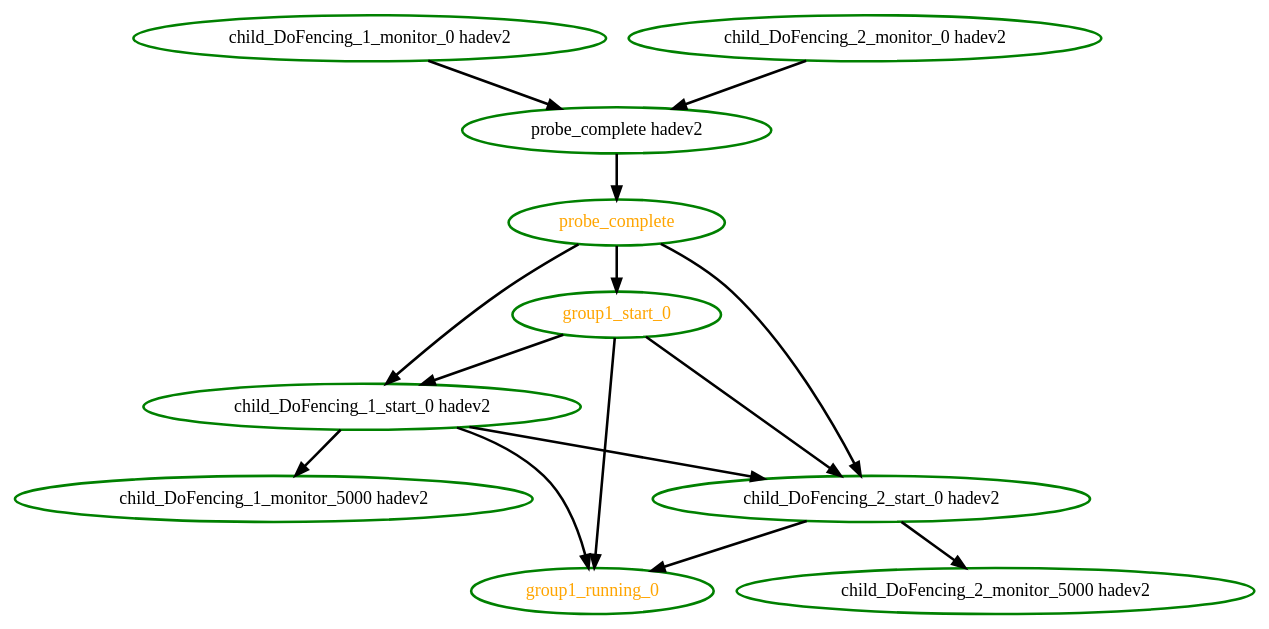
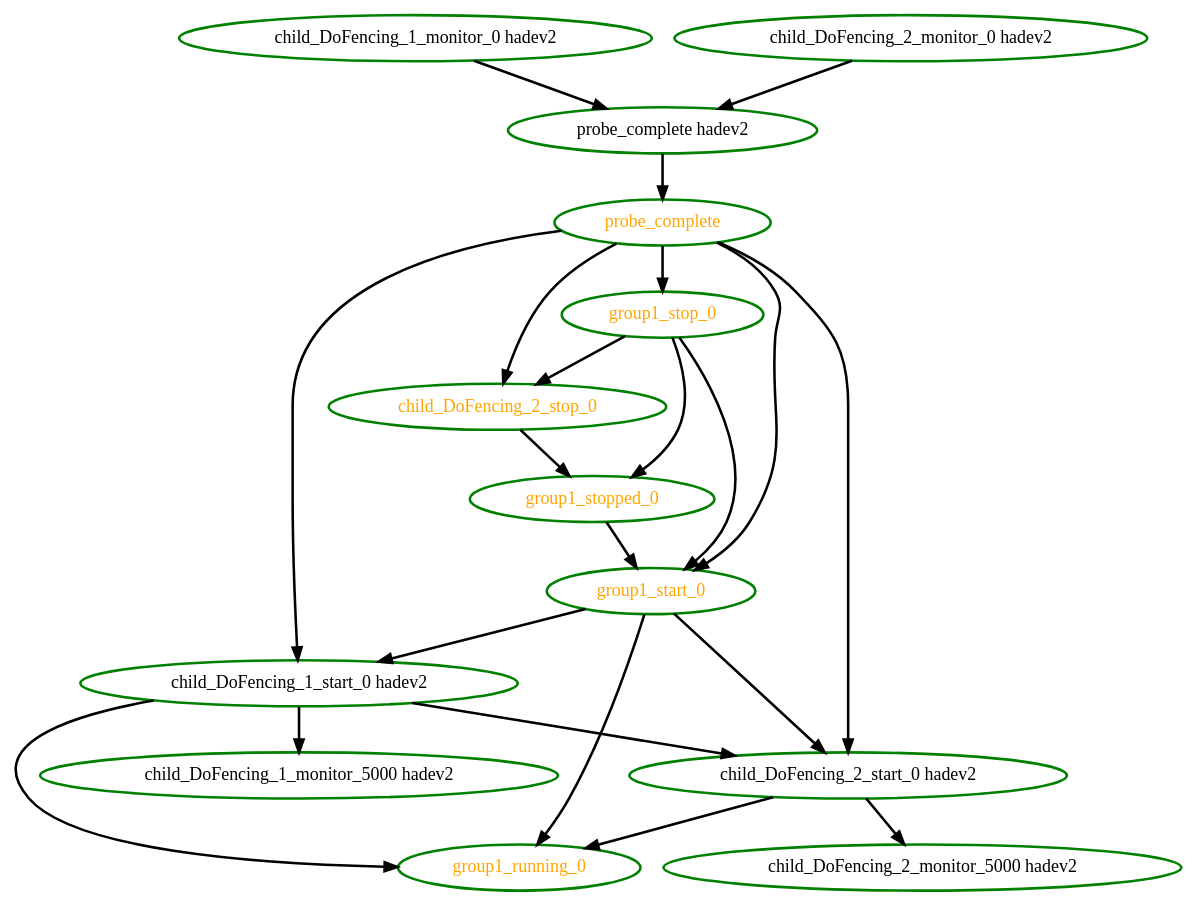
One commit to linux-ha-japan/pm_diskd changed the diagram in pengine/testcases/quorum-5.dot. Above: the diagram before and after it, drawn with Graphviz. The commit also changed 158 other files, not shown here.

Commit message:
Medium: PE: Bug LF:1926 - Probes should complete before stop actions are invoked

```diff
--- a/pengine/testcases/quorum-5.dot
+++ b/pengine/testcases/quorum-5.dot
@@ -1,26 +1,36 @@
  digraph "g" {
 "child_DoFencing_1_monitor_0 hadev2" -> "probe_complete hadev2" [ style = bold]
 "child_DoFencing_1_monitor_0 hadev2" [ style=bold color="green" fontcolor="black" ]
 "child_DoFencing_1_monitor_5000 hadev2" [ style=bold color="green" fontcolor="black" ]
 "child_DoFencing_1_start_0 hadev2" -> "child_DoFencing_1_monitor_5000 hadev2" [ style = bold]
 "child_DoFencing_1_start_0 hadev2" -> "child_DoFencing_2_start_0 hadev2" [ style = bold]
 "child_DoFencing_1_start_0 hadev2" -> "group1_running_0" [ style = bold]
 "child_DoFencing_1_start_0 hadev2" [ style=bold color="green" fontcolor="black" ]
 "child_DoFencing_2_monitor_0 hadev2" -> "probe_complete hadev2" [ style = bold]
 "child_DoFencing_2_monitor_0 hadev2" [ style=bold color="green" fontcolor="black" ]
 "child_DoFencing_2_monitor_5000 hadev2" [ style=bold color="green" fontcolor="black" ]
 "child_DoFencing_2_start_0 hadev2" -> "child_DoFencing_2_monitor_5000 hadev2" [ style = bold]
 "child_DoFencing_2_start_0 hadev2" -> "group1_running_0" [ style = bold]
 "child_DoFencing_2_start_0 hadev2" [ style=bold color="green" fontcolor="black" ]
+"child_DoFencing_2_stop_0" -> "group1_stopped_0" [ style = bold]
+"child_DoFencing_2_stop_0" [ style=bold color="green" fontcolor="orange"  ]
 "group1_running_0" [ style=bold color="green" fontcolor="orange" ]
 "group1_start_0" -> "child_DoFencing_1_start_0 hadev2" [ style = bold]
 "group1_start_0" -> "child_DoFencing_2_start_0 hadev2" [ style = bold]
 "group1_start_0" -> "group1_running_0" [ style = bold]
 "group1_start_0" [ style=bold color="green" fontcolor="orange" ]
+"group1_stop_0" -> "child_DoFencing_2_stop_0" [ style = bold]
+"group1_stop_0" -> "group1_start_0" [ style = bold]
+"group1_stop_0" -> "group1_stopped_0" [ style = bold]
+"group1_stop_0" [ style=bold color="green" fontcolor="orange"  ]
+"group1_stopped_0" -> "group1_start_0" [ style = bold]
+"group1_stopped_0" [ style=bold color="green" fontcolor="orange"  ]
 "probe_complete hadev2" -> "probe_complete" [ style = bold]
 "probe_complete hadev2" [ style=bold color="green" fontcolor="black" ]
 "probe_complete" -> "child_DoFencing_1_start_0 hadev2" [ style = bold]
 "probe_complete" -> "child_DoFencing_2_start_0 hadev2" [ style = bold]
+"probe_complete" -> "child_DoFencing_2_stop_0" [ style = bold]
 "probe_complete" -> "group1_start_0" [ style = bold]
+"probe_complete" -> "group1_stop_0" [ style = bold]
 "probe_complete" [ style=bold color="green" fontcolor="orange" ]
 }
```
